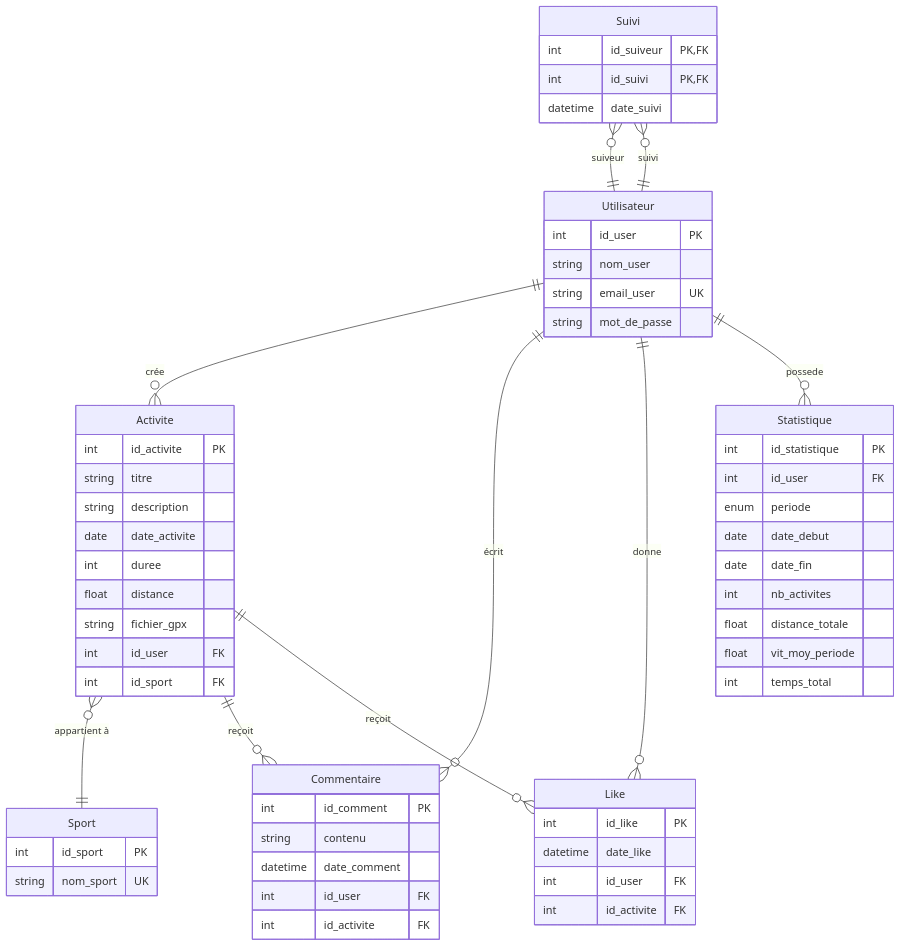
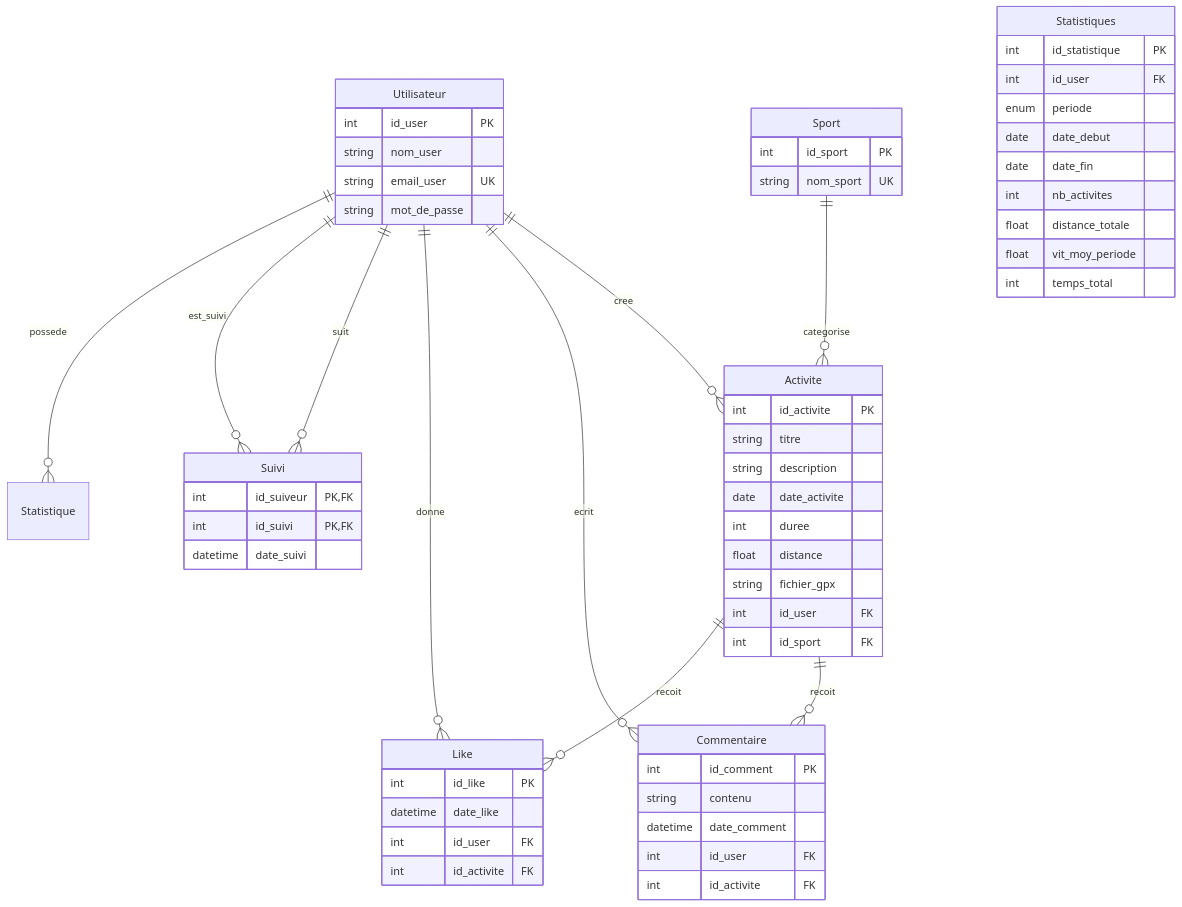
Before and after one commit to TeodoraHub/Info-2A-Strava: the diagram in doc/modèle_physique_données.md, drawn with Mermaid.

````diff
--- a/doc/modèle_physique_données.md
+++ b/doc/modèle_physique_données.md
@@ -1,70 +1,74 @@
 ```mermaid
 erDiagram
     Utilisateur {
         int id_user PK
         string nom_user
         string email_user UK
         string mot_de_passe
     }
-
+    
     Sport {
         int id_sport PK
         string nom_sport UK
     }
-
+    
     Activite {
         int id_activite PK
         string titre
         string description
         date date_activite
         int duree
         float distance
         string fichier_gpx
         int id_user FK
         int id_sport FK
     }
-
+    
     Commentaire {
         int id_comment PK
         string contenu
         datetime date_comment
         int id_user FK
         int id_activite FK
     }
-
+    
     Like {
         int id_like PK
         datetime date_like
         int id_user FK
         int id_activite FK
     }
-
+    
     Suivi {
-        int id_suiveur PK, FK
-        int id_suivi PK, FK
+        int id_suiveur PK,FK
+        int id_suivi PK,FK
         datetime date_suivi
     }
- Statistique {
+    
+    Statistiques {
         int id_statistique PK
         int id_user FK
         enum periode
         date date_debut
         date date_fin
         int nb_activites
         float distance_totale
         float vit_moy_periode
         int temps_total
     }
 
-    %% Relations
-    Utilisateur ||--o{ Activite : "crée"
-    Utilisateur ||--o{ Commentaire : "écrit"
-    Utilisateur ||--o{ Like : "donne"
+    %% Relations principales
+    Utilisateur ||--o{ Activite : cree
+    Sport ||--o{ Activite : categorise
+    
+    %% Relations d'interaction
+    Utilisateur ||--o{ Commentaire : ecrit
+    Utilisateur ||--o{ Like : donne
+    Activite ||--o{ Commentaire : recoit
+    Activite ||--o{ Like : recoit
+    
+    %% Relations de suivi et statistiques
+    Utilisateur ||--o{ Suivi : suit
+    Utilisateur ||--o{ Suivi : est_suivi
     Utilisateur ||--o{ Statistique : possede
-    Activite }o--|| Sport : "appartient à"
-    Activite ||--o{ Commentaire : "reçoit"
-    Activite ||--o{ Like : "reçoit"
-
-    Suivi }o--|| Utilisateur : "suiveur"
-    Suivi }o--|| Utilisateur : "suivi"
 ```
````
